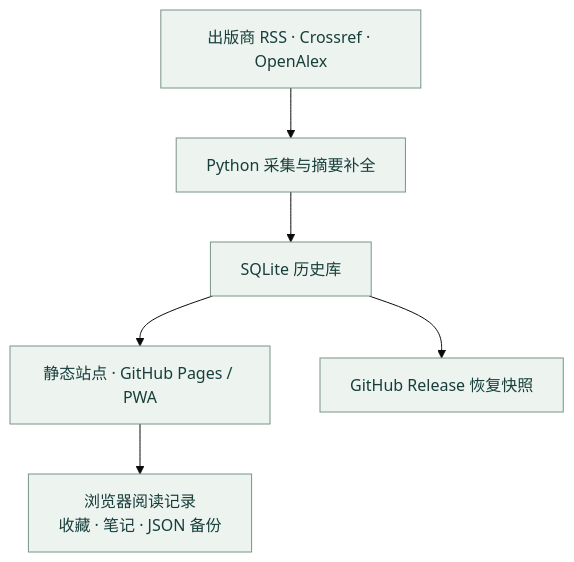
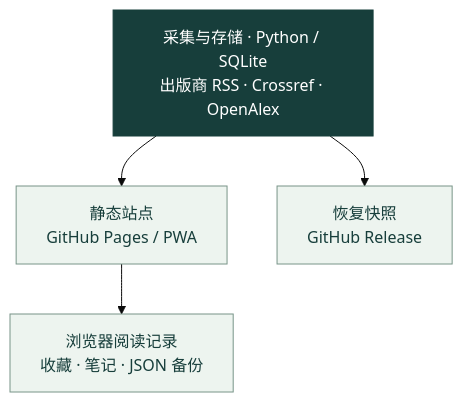
The diagram in README.md (linkingoscar/journal-radar), drawn with Mermaid (base theme) before and after one commit.

Commit message:
docs: fit data flow diagram to GitHub preview

````diff
--- a/README.md
+++ b/README.md
@@ -116,10 +116,10 @@
 ```mermaid
 flowchart TB
-    S[出版商 RSS · Crossref · OpenAlex] --> C[Python 采集与摘要补全]
-    C --> H[SQLite 历史库]
-    H --> P[静态站点 · GitHub Pages / PWA]
-    H --> R[GitHub Release 恢复快照]
+    C["采集与存储 · Python / SQLite<br/>出版商 RSS · Crossref · OpenAlex"]
+    C --> P["静态站点<br/>GitHub Pages / PWA"]
+    C --> R["恢复快照<br/>GitHub Release"]
     P --> L["浏览器阅读记录<br/>收藏 · 笔记 · JSON 备份"]
     classDef default fill:#edf4ef,stroke:#789488,color:#173e3b
-    class C,H fill:#173e3b,stroke:#173e3b,color:#fff
+    classDef core fill:#173e3b,stroke:#173e3b,color:#fff
+    class C core
 ```
````
